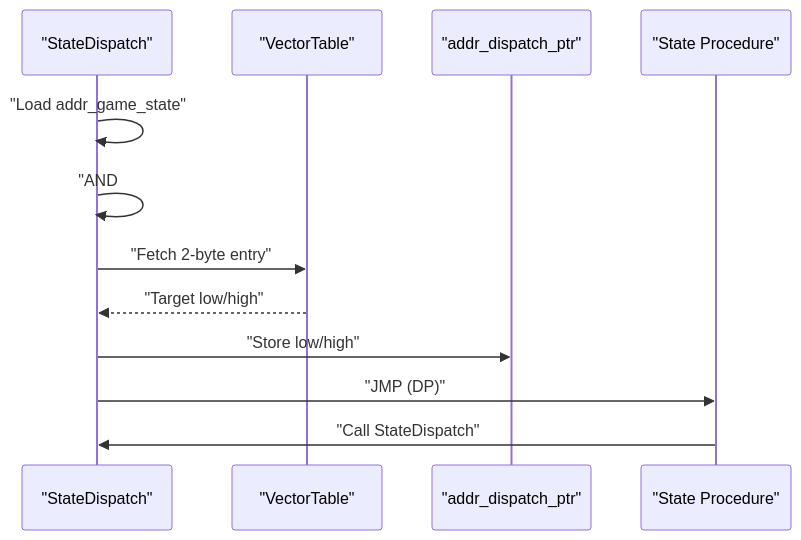
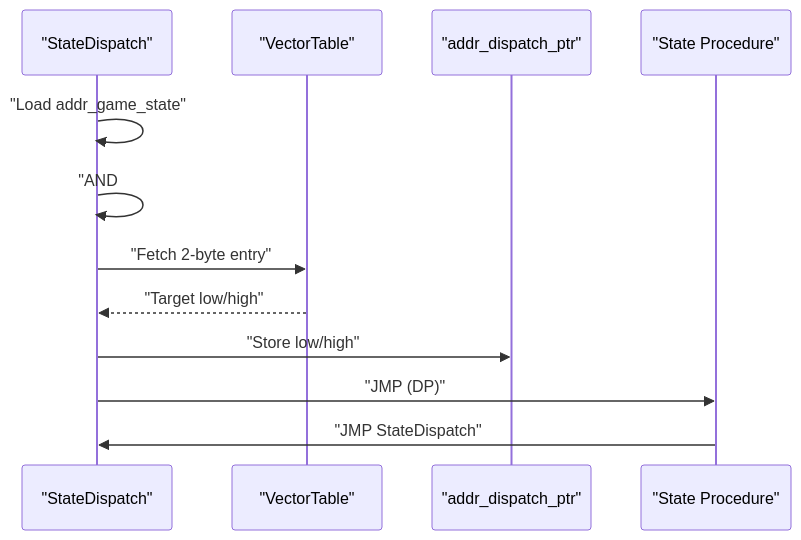
One commit to rabbyzero/sango2dasm changed the fourth of 5 diagrams in .qoder/repowiki/en/content/Game State Management/State Machine Architecture/Vector Dispatch Mechanism.md. Above: the diagram before and after it, drawn with Mermaid. The commit also changed other lines of this file and 9 other files, not shown here.

````diff
--- a/.qoder/repowiki/en/content/Game State Management/State Machine Architecture/Vector Dispatch Mechanism.md
+++ b/.qoder/repowiki/en/content/Game State Management/State Machine Architecture/Vector Dispatch Mechanism.md
@@ -164,14 +201,14 @@
 ```mermaid
 sequenceDiagram
 participant SD as "StateDispatch"
 participant VT as "VectorTable"
 participant DP as "addr_dispatch_ptr"
 participant SP as "State Procedure"
 SD->>SD : "Load addr_game_state"
 SD->>SD : "AND #$1F, ASL"
 SD->>VT : "Fetch 2-byte entry"
 VT-->>SD : "Target low/high"
 SD->>DP : "Store low/high"
 SD->>SP : "JMP (DP)"
-SP->>SD : "Call StateDispatch"
+SP->>SD : "JMP StateDispatch"
 ```
````
